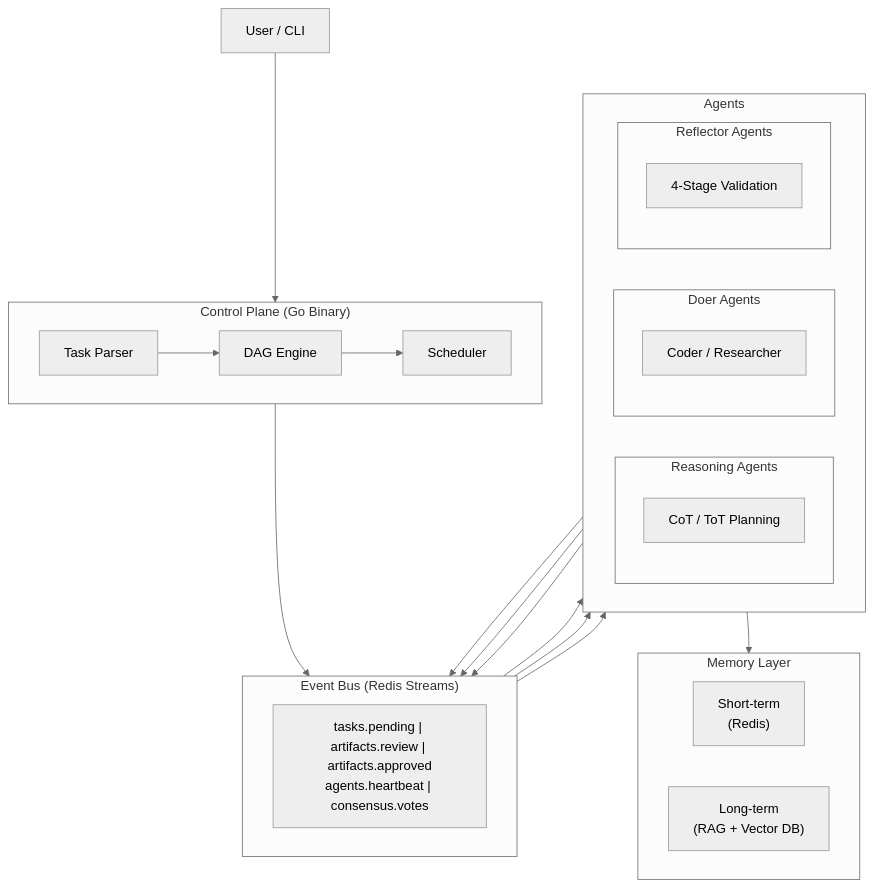
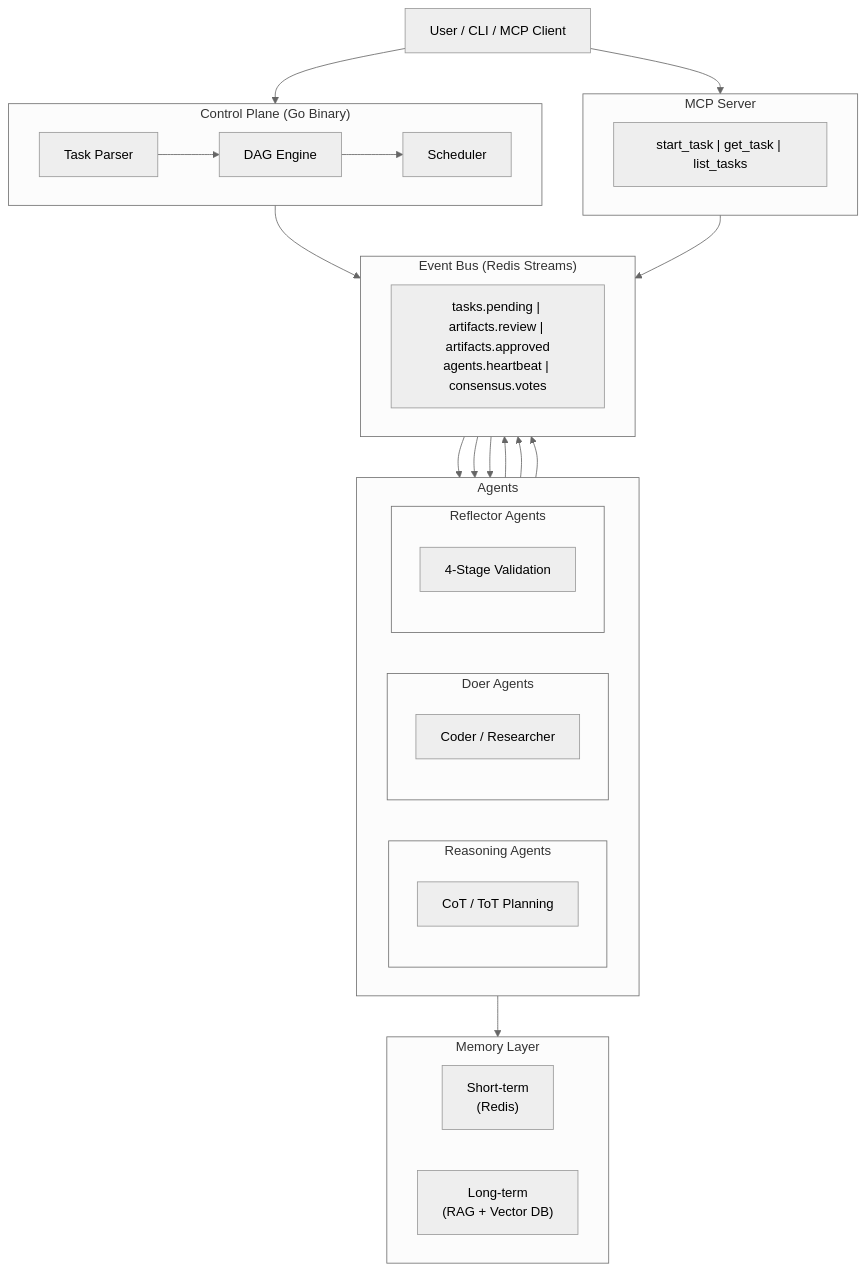
One commit to danielckv/agentic-orchestration changed the diagram in README.md. Above: the diagram before and after it, drawn with Mermaid (neutral theme). The commit also changed other lines of this file and 11 other files, not shown here.

First line of the commit message:
Add MCP server, release pipeline, and setup automation

````diff
--- a/README.md
+++ b/README.md
@@ -26,44 +150,50 @@
 ```mermaid
 flowchart TB
-    User["User / CLI"]
+    User["User / CLI / MCP Client"]
 
     subgraph CP["Control Plane (Go Binary)"]
         TP["Task Parser"]
         DAG["DAG Engine"]
         SCH["Scheduler"]
         TP --> DAG --> SCH
     end
 
     subgraph EB["Event Bus (Redis Streams)"]
         streams["tasks.pending | artifacts.review | artifacts.approved\nagents.heartbeat | consensus.votes"]
     end
 
     subgraph Agents
         direction LR
         subgraph Reasoning["Reasoning Agents"]
             CoT["CoT / ToT Planning"]
         end
         subgraph Doers["Doer Agents"]
             Coder["Coder / Researcher"]
         end
         subgraph Reflectors["Reflector Agents"]
             Val["4-Stage Validation"]
         end
     end
 
+    subgraph MCP["MCP Server"]
+        MCPTools["start_task | get_task | list_tasks"]
+    end
+
     subgraph Memory["Memory Layer"]
         direction LR
         ST["Short-term\n(Redis)"]
         LT["Long-term\n(RAG + Vector DB)"]
     end
 
     User --> CP
+    User --> MCP
     CP --> EB
+    MCP --> EB
     EB --> Reasoning
     EB --> Doers
     EB --> Reflectors
     Reasoning --> EB
     Doers --> EB
     Reflectors --> EB
     Agents --> Memory
 ```
````
